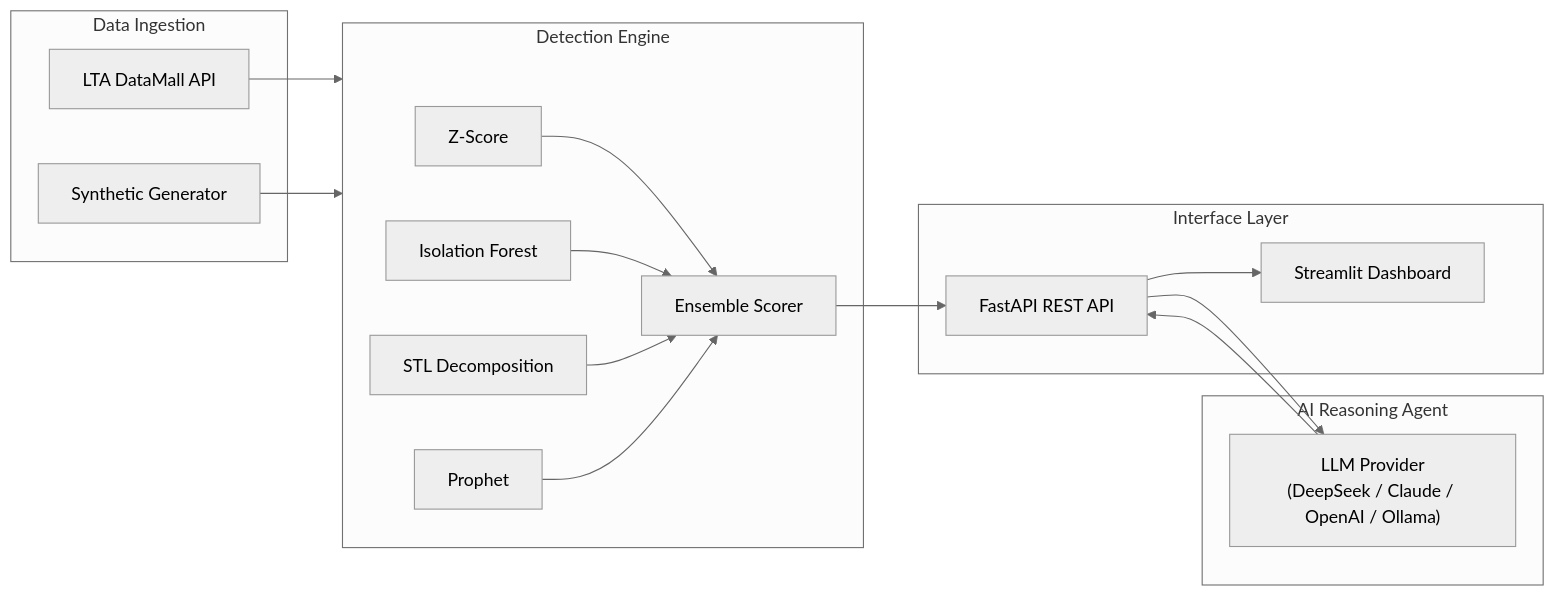
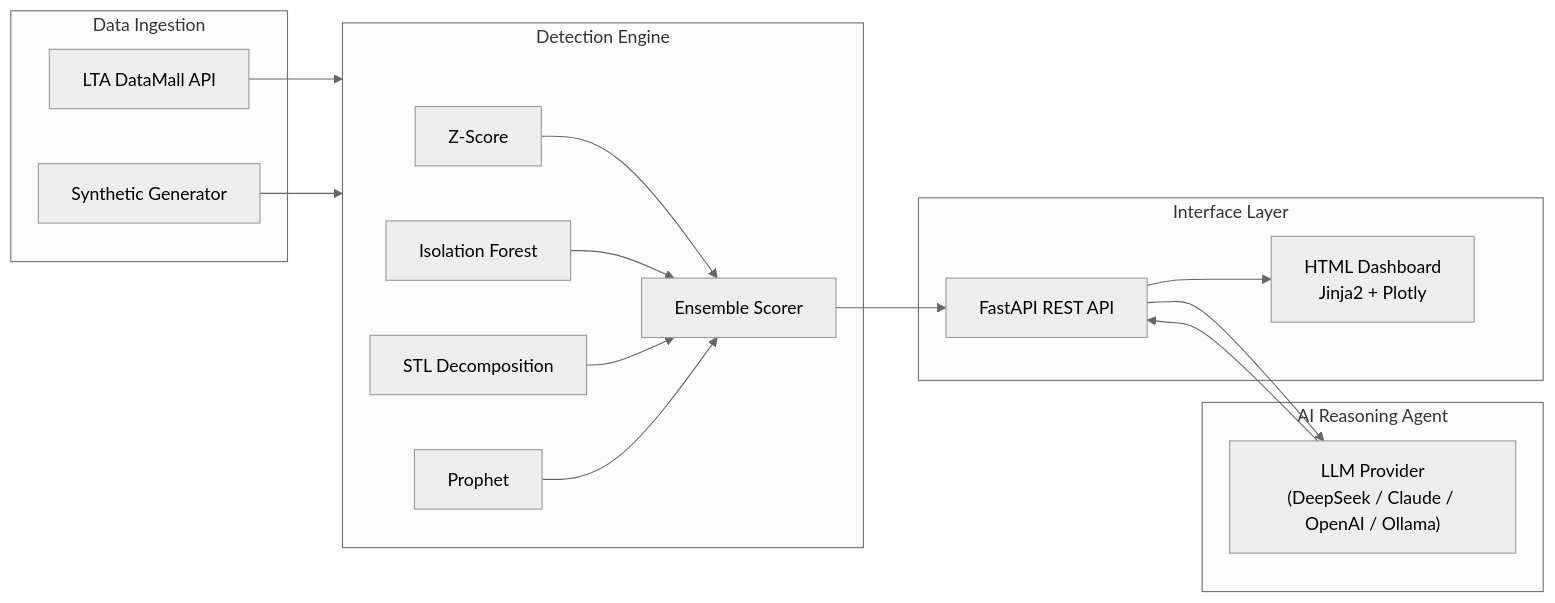
One commit to rayluo88/RailSense-AI changed the diagram in README.md. Above: the diagram before and after it, drawn with Mermaid (neutral theme). The commit also changed other lines of this file and 1 other file, not shown here.

Commit message:
Doc: updated README and Deployment guide with dashboard change from Streamlit to FastAPI+Jinja2

````diff
--- a/README.md
+++ b/README.md
@@ -23,35 +23,35 @@
 ```mermaid
 flowchart LR
     subgraph Ingestion["Data Ingestion"]
         LTA[LTA DataMall API]
         SYN[Synthetic Generator]
     end
 
     subgraph Detection["Detection Engine"]
         ZS[Z-Score]
         IF[Isolation Forest]
         STL[STL Decomposition]
         PR[Prophet]
         ENS[Ensemble Scorer]
     end
 
     subgraph Agent["AI Reasoning Agent"]
         LLM["LLM Provider<br/>(DeepSeek / Claude / OpenAI / Ollama)"]
     end
 
     subgraph Interface["Interface Layer"]
         API[FastAPI REST API]
-        ST[Streamlit Dashboard]
+        DASH[HTML Dashboard<br/>Jinja2 + Plotly]
     end
 
     LTA --> Detection
     SYN --> Detection
     ZS --> ENS
     IF --> ENS
     STL --> ENS
     PR --> ENS
     ENS --> API
     API --> LLM
     LLM --> API
-    API --> ST
+    API --> DASH
 ```
````
